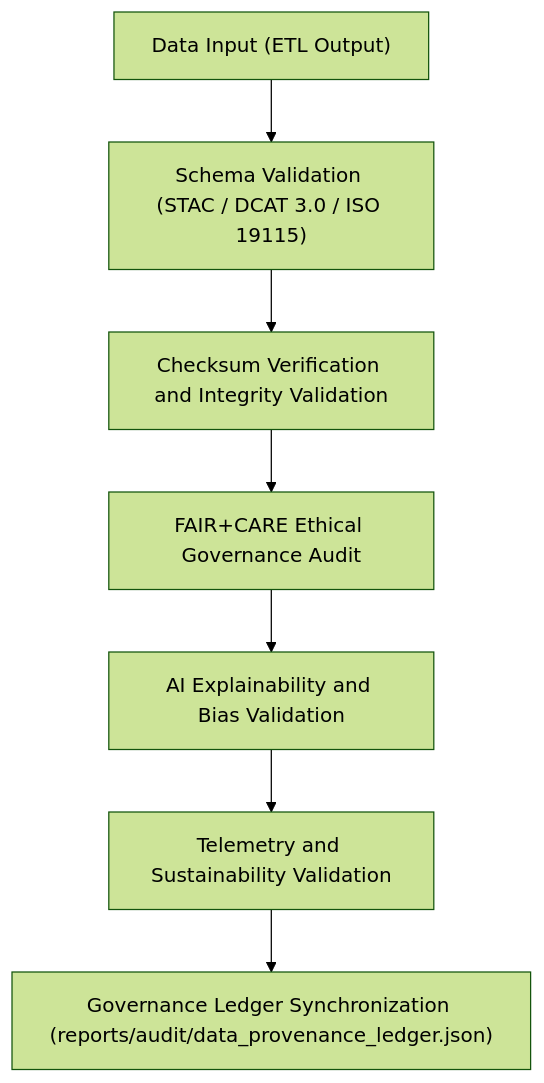
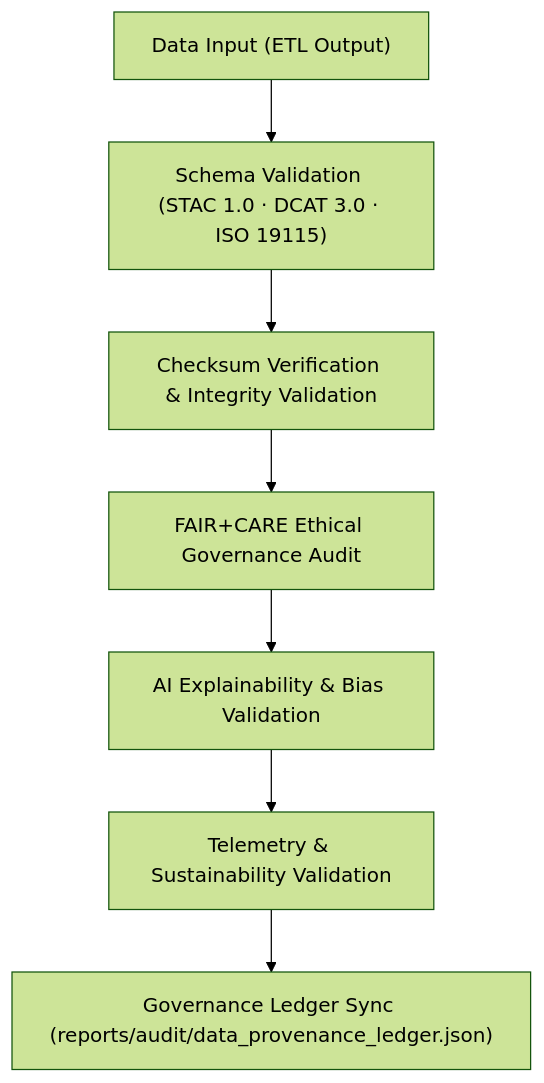
One commit to bartytime4life/Kansas-Frontier-Matrix changed the first of 2 diagrams in docs/architecture/validation-framework.md. Above: the diagram before and after it, drawn with Mermaid (forest theme). The commit also changed other lines of this file, not shown here.

First line of the commit message:
Upgrade validation framework to version 9.7.0

````diff
--- a/docs/architecture/validation-framework.md
+++ b/docs/architecture/validation-framework.md
@@ -63,9 +63,9 @@
 ```mermaid
 flowchart TD
-    A["Data Input (ETL Output)"] --> B["Schema Validation (STAC / DCAT 3.0 / ISO 19115)"]
-    B --> C["Checksum Verification and Integrity Validation"]
+    A["Data Input (ETL Output)"] --> B["Schema Validation (STAC 1.0 · DCAT 3.0 · ISO 19115)"]
+    B --> C["Checksum Verification & Integrity Validation"]
     C --> D["FAIR+CARE Ethical Governance Audit"]
-    D --> E["AI Explainability and Bias Validation"]
-    E --> F["Telemetry and Sustainability Validation"]
-    F --> G["Governance Ledger Synchronization (reports/audit/data_provenance_ledger.json)"]
+    D --> E["AI Explainability & Bias Validation"]
+    E --> F["Telemetry & Sustainability Validation"]
+    F --> G["Governance Ledger Sync (reports/audit/data_provenance_ledger.json)"]
 ```
````
